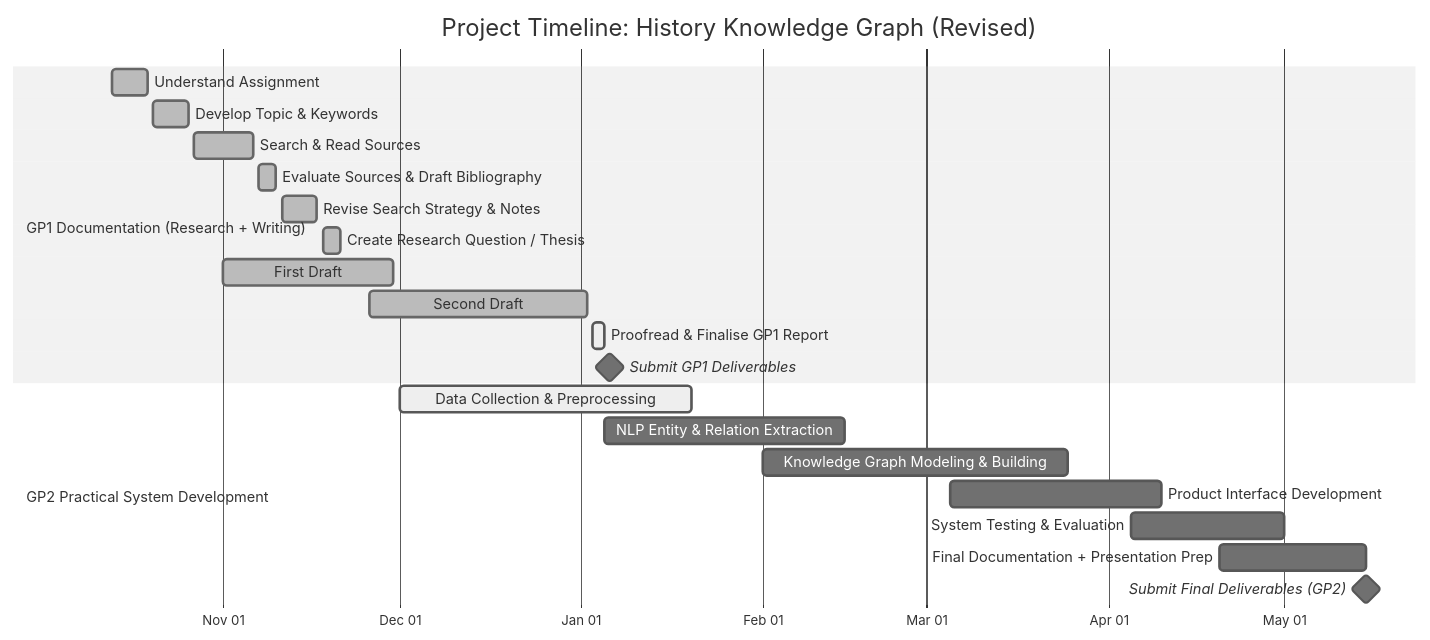
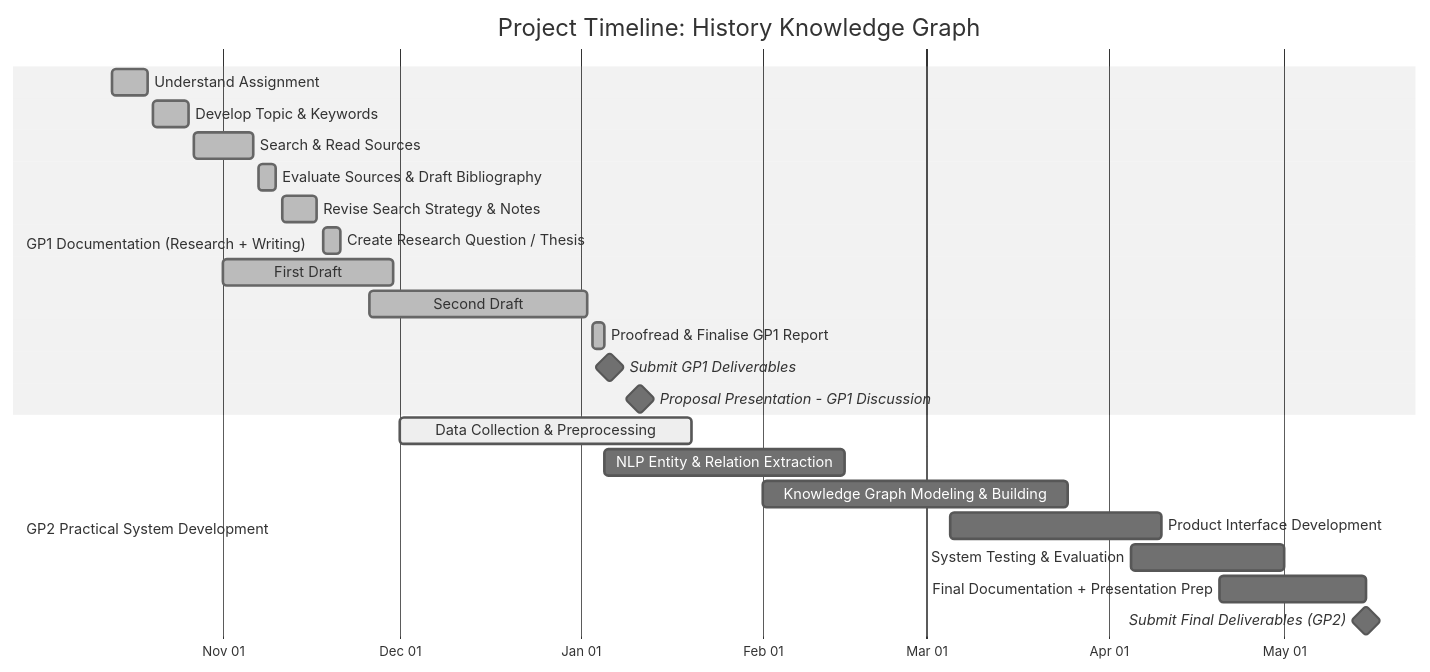
One commit to Mohammad-ALADDASI/ChronoLearn changed the diagram in README.md. Above: the diagram before and after it, drawn with Mermaid (neutral theme).

````diff
--- a/README.md
+++ b/README.md
@@ -74,34 +74,36 @@
 ```mermaid
 gantt
-    title Project Timeline: History Knowledge Graph (Revised)
+    title Project Timeline: History Knowledge Graph
     dateFormat  YYYY-MM-DD
     axisFormat  %b %d
 
     %% -------------------------
     %% PHASE 1 — GP1 DOCUMENTATION
     %% -------------------------
     section GP1 Documentation (Research + Writing)
     Understand Assignment                     :done, gp1a, 2025-10-13, 2025-10-19
     Develop Topic & Keywords                  :done, gp1b, 2025-10-20, 2025-10-26
     Search & Read Sources                     :done, gp1c, 2025-10-27, 2025-11-06
     Evaluate Sources & Draft Bibliography     :done, gp1d, 2025-11-07, 2025-11-10
     Revise Search Strategy & Notes            :done, gp1e, 2025-11-11, 2025-11-17
     Create Research Question / Thesis         :done, gp1f, 2025-11-18, 2025-11-21
 
     First Draft                               :done, gp1g, 2025-11-01, 2025-11-30
     Second Draft                              :done, 2025-11-26, 2026-01-02
-    Proofread & Finalise GP1 Report           :active, 2026-01-03, 2026-01-05
+    Proofread & Finalise GP1 Report           :done , 2026-01-03, 2026-01-05
     Submit GP1 Deliverables                   :milestone, gp1m, 2026-01-06, 0d
+    Proposal Presentation - GP1 Discussion    :milestone, gp1m, 2026-01-11, 0d
+
 
     %% -------------------------
     %% PHASE 2 — GP2 PRACTICAL WORK (starts before GP1 ends)
     %% -------------------------
     section GP2 Practical System Development
     Data Collection & Preprocessing           :active, gp2a, 2025-12-01, 2026-01-20
     NLP Entity & Relation Extraction          :gp2b, 2026-01-05, 2026-02-15
     Knowledge Graph Modeling & Building       :gp2c, 2026-02-01, 2026-03-25
-    Product Interface Development              :gp2d, 2026-03-05, 2026-04-10
+    Product Interface Development             :gp2d, 2026-03-05, 2026-04-10
     System Testing & Evaluation               :gp2e, 2026-04-05, 2026-05-01
     Final Documentation + Presentation Prep   :gp2f, 2026-04-20, 2026-05-15
     Submit Final Deliverables (GP2)           :milestone, gp2m, 2026-05-15, 0d
 ```
````
